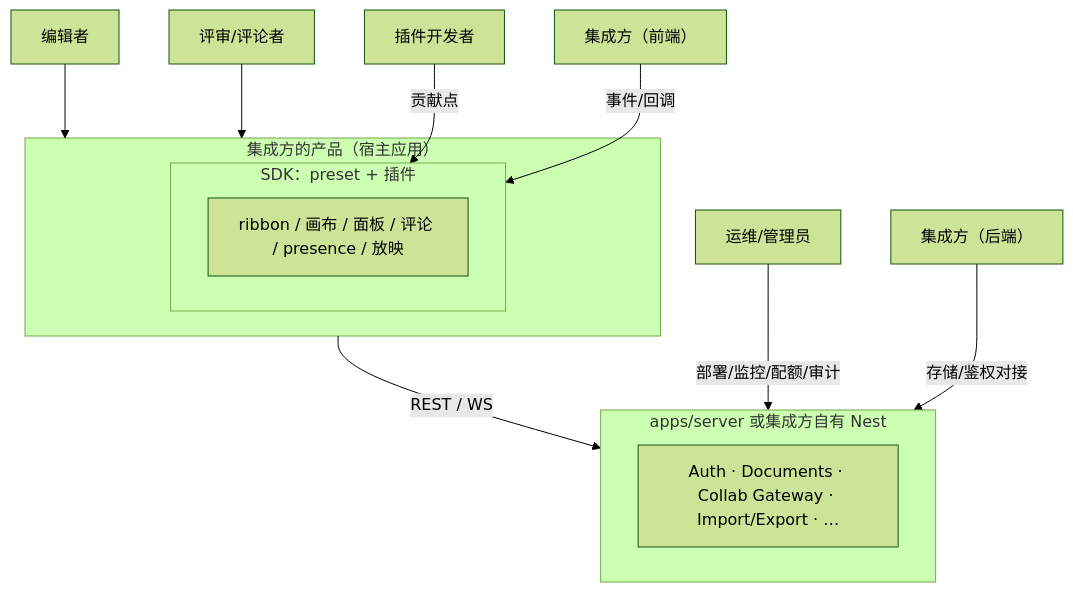
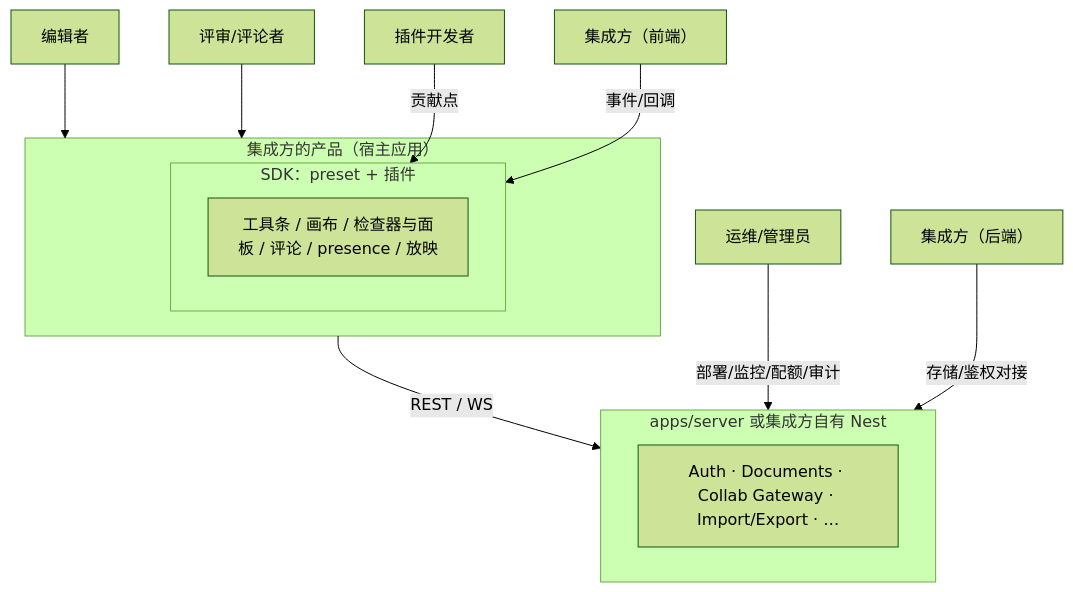
One commit to Xeonice/cordis-ppt-editor changed the diagram in docs/10-prd/02-personas-and-scenarios.md. Above: the diagram before and after it, drawn with Mermaid (forest theme). The commit also changed other lines of this file and 16 other files, not shown here.

First line of the commit message:
docs(prd): 按设计语言 v3 改读需求表述（第 0–3 批与母版视图改版）

````diff
--- a/docs/10-prd/02-personas-and-scenarios.md
+++ b/docs/10-prd/02-personas-and-scenarios.md
@@ -13,24 +13,24 @@
 ```mermaid
 flowchart TB
   editor["编辑者"]
   reviewer["评审/评论者"]
   plugindev["插件开发者"]
   fe["集成方（前端）"]
   subgraph host["集成方的产品（宿主应用）"]
     subgraph sdk["SDK：preset + 插件"]
-      surfaces["ribbon / 画布 / 面板 / 评论 / presence / 放映"]
+      surfaces["工具条 / 画布 / 检查器与面板 / 评论 / presence / 放映"]
     end
   end
   subgraph server["apps/server 或集成方自有 Nest"]
     modules["Auth · Documents · Collab Gateway · Import/Export · …"]
   end
   ops["运维/管理员"]
   be["集成方（后端）"]
   editor --> host
   reviewer --> host
   plugindev -->|"贡献点"| sdk
   fe -->|"事件/回调"| sdk
   host -->|"REST / WS"| server
   ops -->|"部署/监控/配额/审计"| server
   be -->|"存储/鉴权对接"| server
 ```
````
